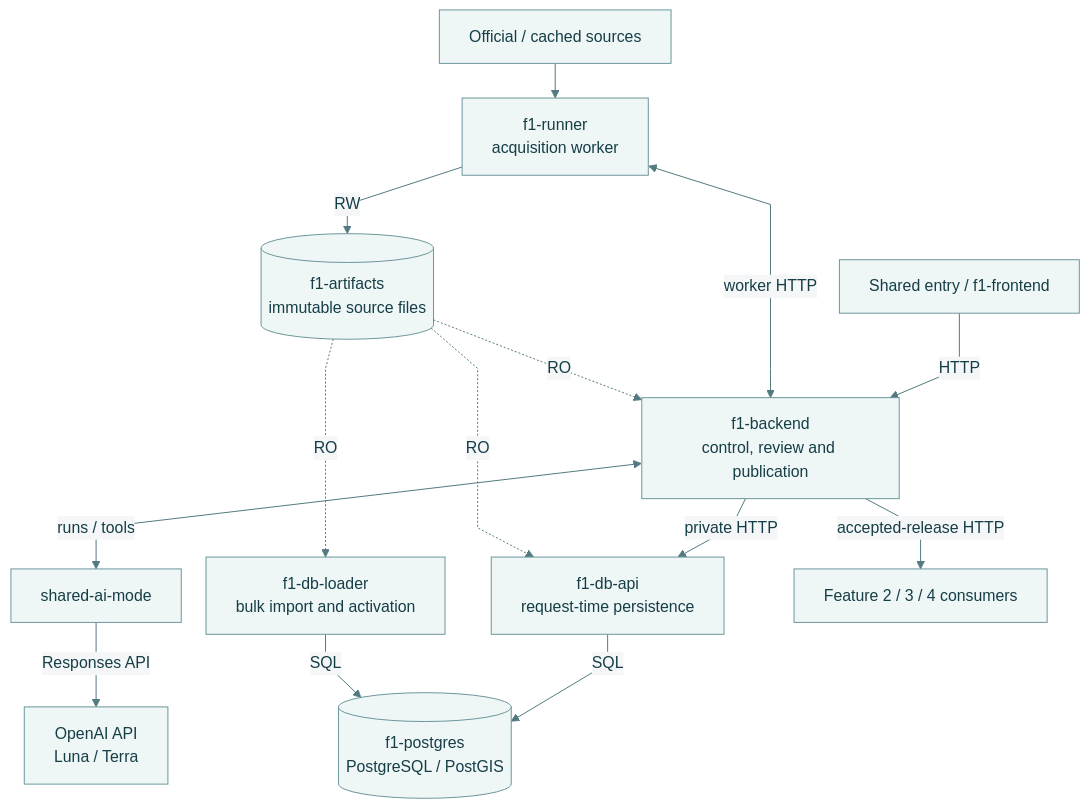
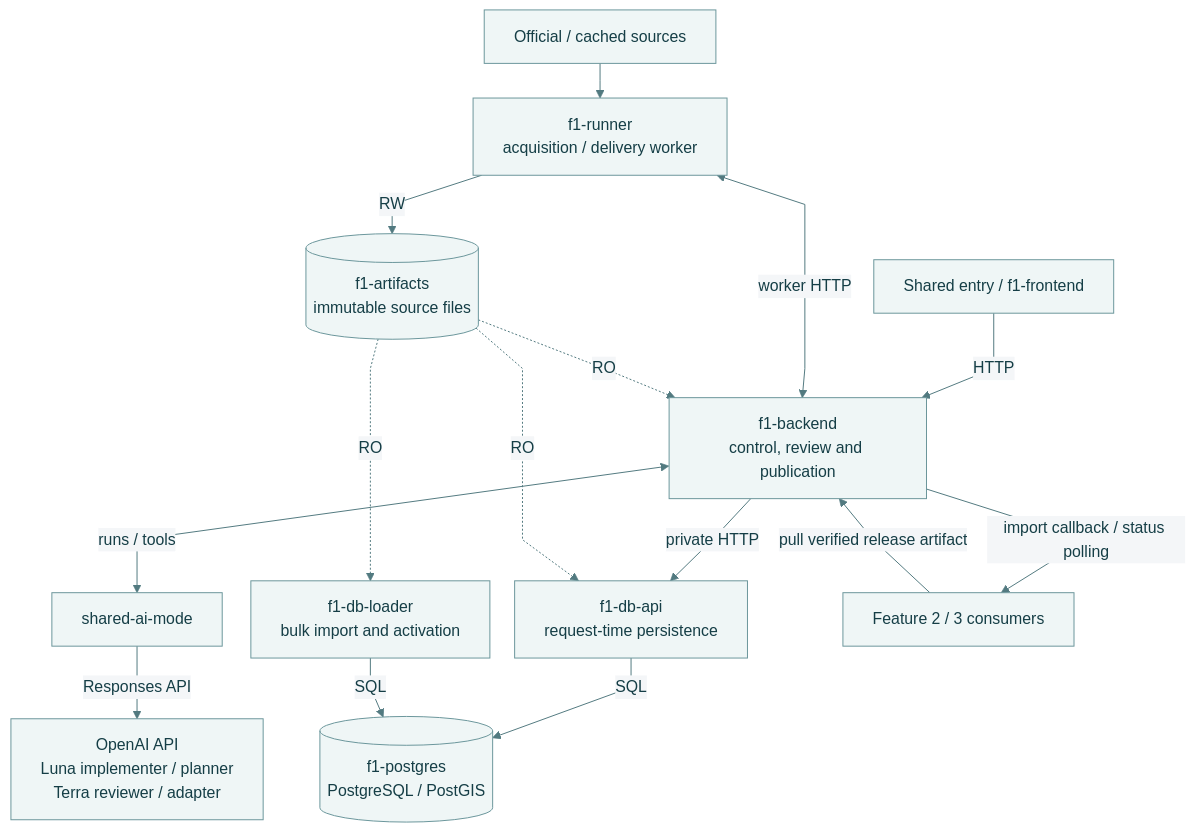
The diagram in docs/reports/diagrams/release-0/feature-1-runtime.mmd (MattShelton04/41026ASDProject), drawn with Mermaid before and after one commit. The commit also changed 19 other files, not shown here.

Commit message:
docs(report): refine Release 0 narrative and diagrams

```diff
--- a/docs/reports/diagrams/release-0/feature-1-runtime.mmd
+++ b/docs/reports/diagrams/release-0/feature-1-runtime.mmd
@@ -1,15 +1,16 @@
 %%{init: {"theme":"base","themeVariables":{"fontFamily":"Arial","fontSize":"16px","primaryColor":"#eff6f6","primaryBorderColor":"#6b969b","primaryTextColor":"#153e46","lineColor":"#527a80","secondaryColor":"#f4f6f8","tertiaryColor":"#ffffff"},"flowchart":{"curve":"linear","nodeSpacing":25,"rankSpacing":35}}}%%
 flowchart TB
     edge["Shared entry / f1-frontend"] -->|HTTP| back["f1-backend<br/>control, review and publication"]
     back -->|private HTTP| db["f1-db-api<br/>request-time persistence"]
     db -->|SQL| pg[("f1-postgres<br/>PostgreSQL / PostGIS")]
-    runner["f1-runner<br/>acquisition worker"] <-->|worker HTTP| back
+    runner["f1-runner<br/>acquisition / delivery worker"] <-->|worker HTTP| back
     sources["Official / cached sources"] --> runner
     runner -->|RW| files[("f1-artifacts<br/>immutable source files")]
     files -.->|RO| loader["f1-db-loader<br/>bulk import and activation"]
     loader -->|SQL| pg
     files -.->|RO| db
     files -.->|RO| back
     back <-->|runs / tools| ai["shared-ai-mode"]
-    ai -->|Responses API| model["OpenAI API<br/>Luna / Terra"]
-    back -->|accepted-release HTTP| consumers["Feature 2 / 3 / 4 consumers"]
+    ai -->|Responses API| model["OpenAI API<br/>Luna implementer / planner<br/>Terra reviewer / adapter"]
+    back -->|import callback / status polling| consumers["Feature 2 / 3 consumers"]
+    consumers -->|pull verified release artifact| back
```
